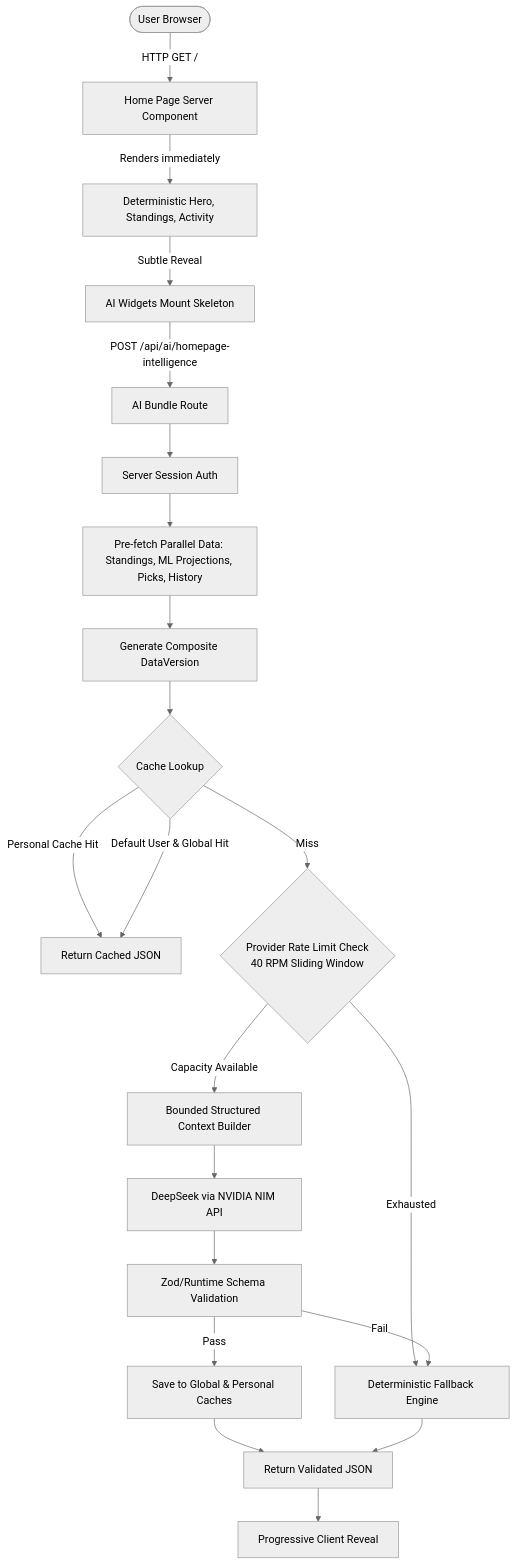
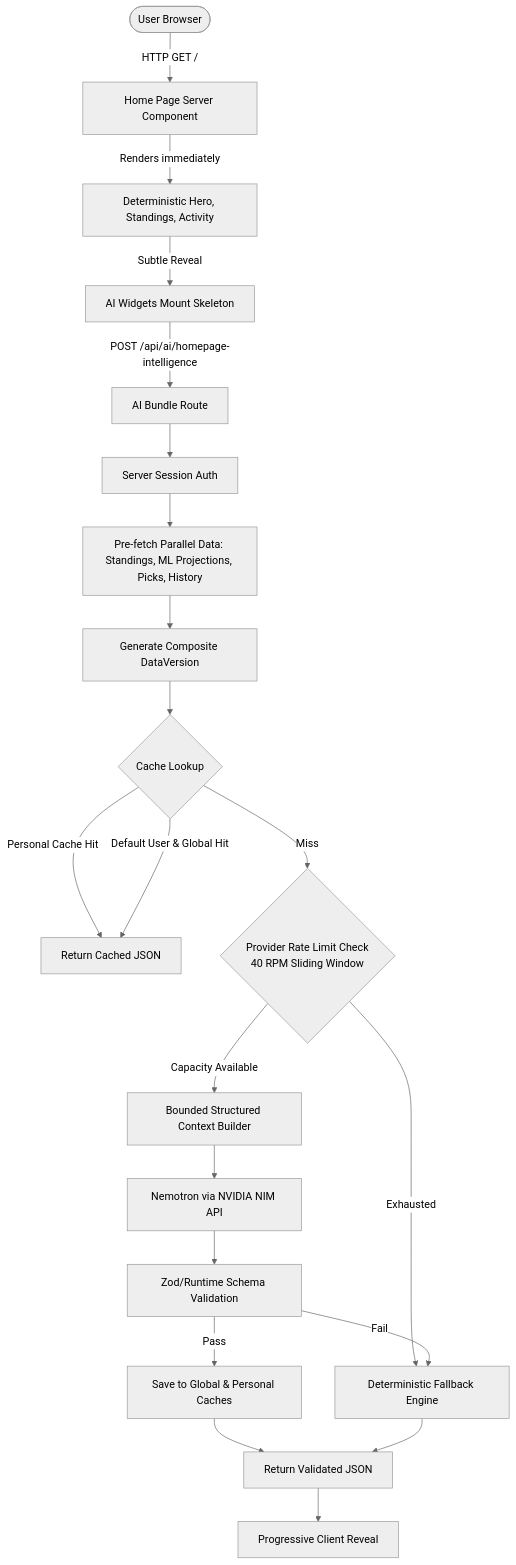
The diagram in docs/AGENTIC_AI.md (adi-alt/F1-Hub), drawn with Mermaid (neutral theme) before and after one commit. The commit also changed other lines of this file and 3 other files, not shown here.

````diff
--- a/docs/AGENTIC_AI.md
+++ b/docs/AGENTIC_AI.md
@@ -21,29 +21,29 @@
 ```mermaid
 flowchart TD
     User([User Browser]) -->|HTTP GET /| Page[Home Page Server Component]
     Page -->|Renders immediately| DetUI[Deterministic Hero, Standings, Activity]
     DetUI -->|Subtle Reveal| ClientWidget[AI Widgets Mount Skeleton]
     
     ClientWidget -->|POST /api/ai/homepage-intelligence| Endpoint[AI Bundle Route]
     Endpoint --> Auth[Server Session Auth]
     Auth --> Fetch[Pre-fetch Parallel Data: Standings, ML Projections, Picks, History]
     Fetch --> Version[Generate Composite DataVersion]
     
     Version --> CacheCheck{Cache Lookup}
     CacheCheck -->|Personal Cache Hit| ReturnCached[Return Cached JSON]
     CacheCheck -->|Default User & Global Hit| ReturnCached
     
     CacheCheck -->|Miss| CapCheck{Provider Rate Limit Check<br/>40 RPM Sliding Window}
     CapCheck -->|Exhausted| Fallback[Deterministic Fallback Engine]
     
     CapCheck -->|Capacity Available| ContextBuilder[Bounded Structured Context Builder]
-    ContextBuilder --> Kimi[DeepSeek via NVIDIA NIM API]
+    ContextBuilder --> Kimi[Nemotron via NVIDIA NIM API]
     Kimi --> Validator[Zod/Runtime Schema Validation]
     
     Validator -->|Pass| CacheWrite[Save to Global & Personal Caches]
     Validator -->|Fail| Fallback
     
     CacheWrite --> ClientResponse[Return Validated JSON]
     Fallback --> ClientResponse
     ClientResponse --> UIReveal[Progressive Client Reveal]
 ```
````
